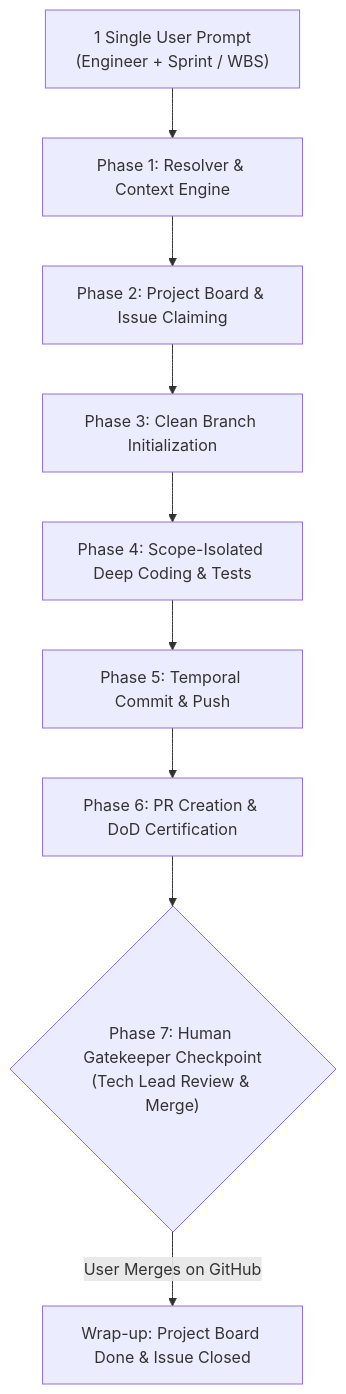
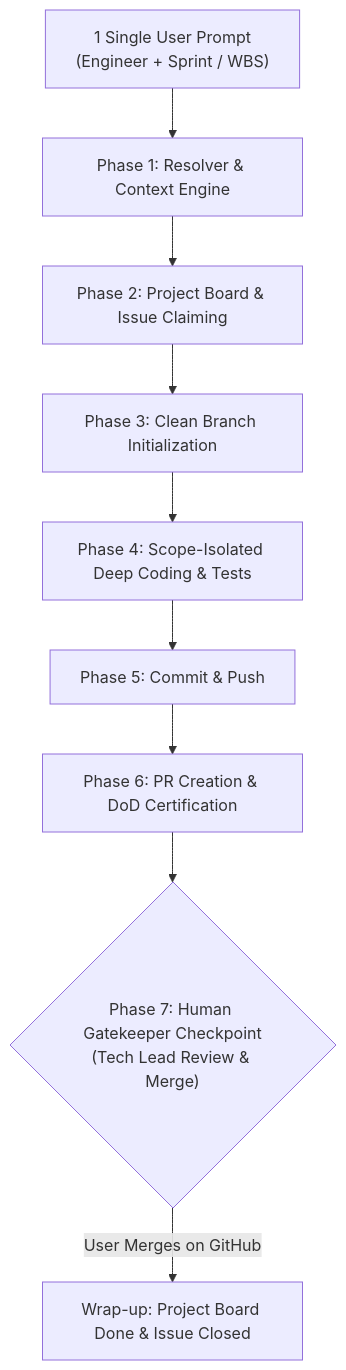
The diagram in .agents/rules/07_autonomous_session_orchestration.md (AtelierMizumi/TravelAI), drawn with Mermaid before and after one commit. The commit also changed other lines of this file and 8 other files, not shown here.

````diff
--- a/.agents/rules/07_autonomous_session_orchestration.md
+++ b/.agents/rules/07_autonomous_session_orchestration.md
@@ -15,11 +15,11 @@
 ```mermaid
 flowchart TD
     Prompt["1 Single User Prompt<br/>(Engineer + Sprint / WBS)"] --> P1["Phase 1: Resolver & Context Engine"]
     P1 --> P2["Phase 2: Project Board & Issue Claiming"]
     P2 --> P3["Phase 3: Clean Branch Initialization"]
     P3 --> P4["Phase 4: Scope-Isolated Deep Coding & Tests"]
-    P4 --> P5["Phase 5: Temporal Commit & Push"]
+    P4 --> P5["Phase 5: Commit & Push"]
     P5 --> P6["Phase 6: PR Creation & DoD Certification"]
     P6 --> P7{"Phase 7: Human Gatekeeper Checkpoint<br/>(Tech Lead Review & Merge)"}
     P7 -->|User Merges on GitHub| P8["Wrap-up: Project Board Done & Issue Closed"]
 ```
````
